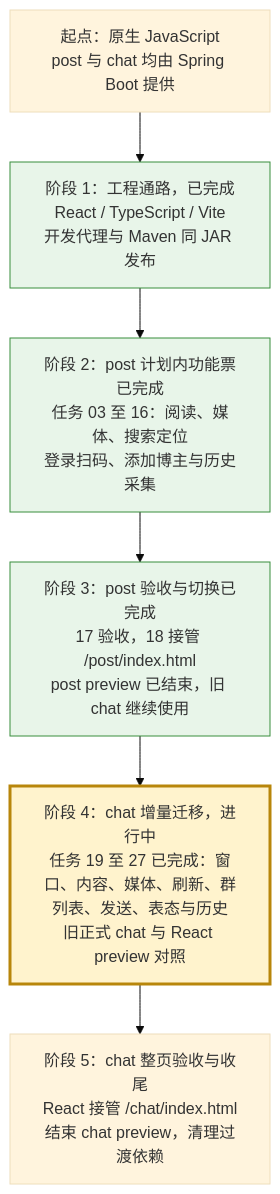
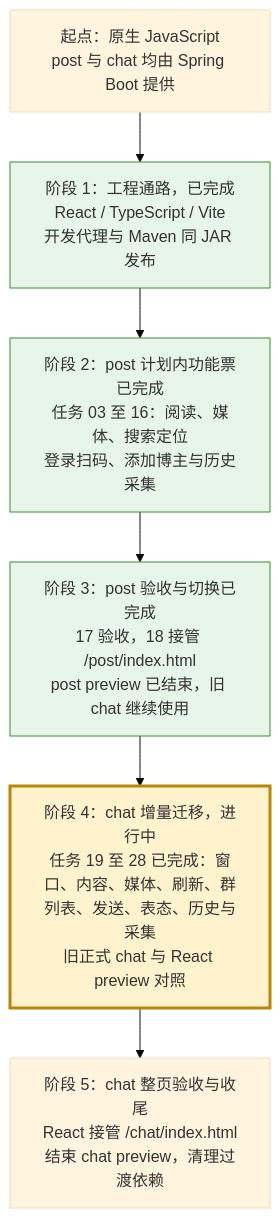
Before and after one commit to findxyz/vb-weibo-plus: the diagram in .scratch/react-migration/PLAN.md, drawn with Mermaid (base theme). The commit also changed other lines of this file and 6 other files, not shown here.

````diff
--- a/.scratch/react-migration/PLAN.md
+++ b/.scratch/react-migration/PLAN.md
@@ -17,14 +17,14 @@
 ```mermaid
 flowchart TD
     A["起点：原生 JavaScript<br/>post 与 chat 均由 Spring Boot 提供"]
     B["阶段 1：工程通路，已完成<br/>React / TypeScript / Vite<br/>开发代理与 Maven 同 JAR 发布"]
     C["阶段 2：post 计划内功能票已完成<br/>任务 03 至 16：阅读、媒体、搜索定位<br/>登录扫码、添加博主与历史采集"]
     D["阶段 3：post 验收与切换已完成<br/>17 验收，18 接管 /post/index.html<br/>post preview 已结束，旧 chat 继续使用"]
-    E["阶段 4：chat 增量迁移，进行中<br/>任务 19 至 27 已完成：窗口、内容、媒体、刷新、群列表、发送、表态与历史<br/>旧正式 chat 与 React preview 对照"]
+    E["阶段 4：chat 增量迁移，进行中<br/>任务 19 至 28 已完成：窗口、内容、媒体、刷新、群列表、发送、表态、历史与采集<br/>旧正式 chat 与 React preview 对照"]
     F["阶段 5：chat 整页验收与收尾<br/>React 接管 /chat/index.html<br/>结束 chat preview，清理过渡依赖"]
     A --> B --> C --> D --> E --> F
     classDef complete fill:#e8f5e9,stroke:#388e3c
     classDef current fill:#fff3cd,stroke:#b8860b,stroke-width:3px
     class B,C,D complete
     class E current
 ```
````
